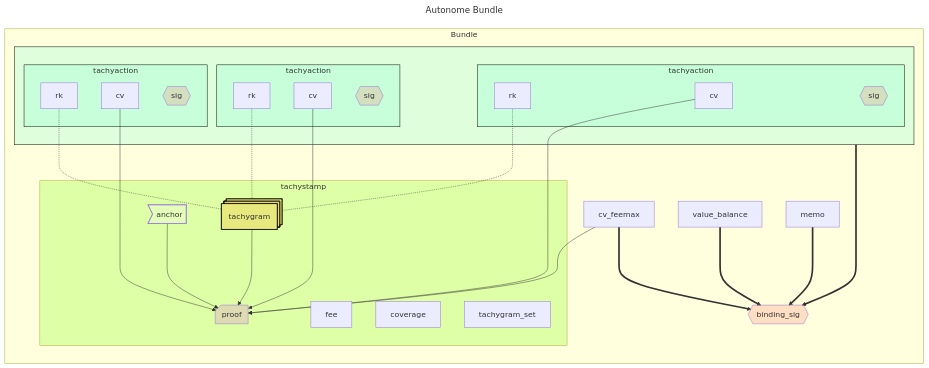
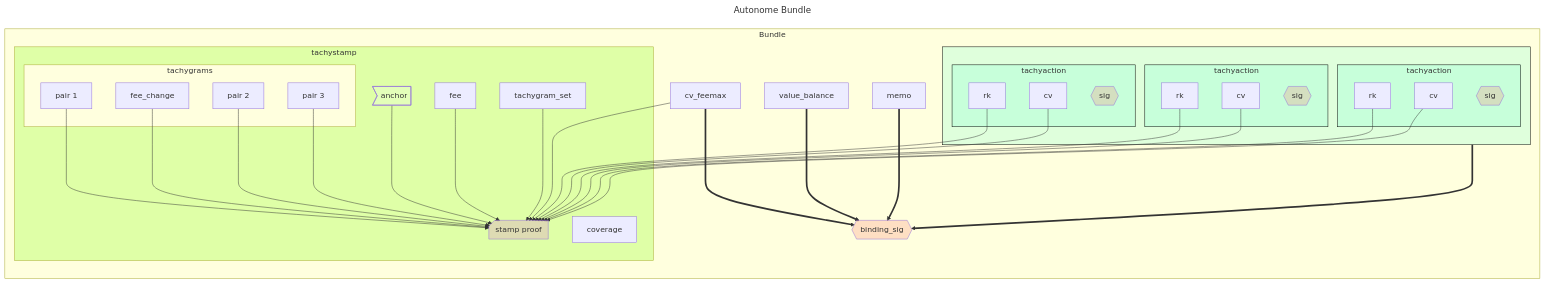
The diagram in book/src/bundle.md (tachyon-zcash/tachyon), drawn with Mermaid before and after one commit. The commit also changed other lines of this file and 28 other files, not shown here.

````diff
--- a/book/src/bundle.md
+++ b/book/src/bundle.md
@@ -82,70 +85,75 @@
 ```mermaid
 ---
 title: Autonome Bundle
 ---
 flowchart LR
 classDef signature fill:#fa807240
 classDef optional fill:#d3d3d340,stroke-dasharray: 5 5
 
 style tachyaction1 fill:#7fffd440,stroke:black
 style tachyaction2 fill:#7fffd440,stroke:black
 style tachyaction3 fill:#7fffd440,stroke:black
 style tachyaction_vec fill:#7fffd440,stroke:black
 
-style tachygram_vec fill:#ffa50040,stroke:black
-style proof fill:#da70d640
+style stamp_proof fill:#da70d640
 style anchor fill:#f0fff040
 
 style tachystamp fill:#7fff0040
 
 subgraph shielded_data["Bundle"]
 
     subgraph tachyaction_vec[" "]
 
         subgraph tachyaction1["tachyaction"]
             cv1["cv"]
             rk1["rk"]
             sig1:::signature@{shape: hex, label: "sig"}
         end
 
        subgraph tachyaction2["tachyaction"]
             cv2["cv"]
             rk2["rk"]
             sig2:::signature@{shape: hex, label: "sig"}
         end
 
        subgraph tachyaction3["tachyaction"]
             cv3["cv"]
             rk3["rk"]
             sig3:::signature@{shape: hex, label: "sig"}
         end
     end
 
     subgraph tachystamp
+        subgraph tachygrams["tachygrams"]
+            tg1["pair 1"]
+            tg2["pair 2"]
+            tg3["pair 3"]
+            fee_change
+        end
         fee
         coverage
         tachygram_set
         anchor@{shape: odd}
-        proof@{shape: notch-rect}
-        tachygram_vec@{shape: procs, label: "tachygram"}
+        stamp_proof@{shape: notch-rect, label: "stamp proof"}
 
-        anchor ---> proof
-        tachygram_vec ---> proof
+        anchor ---> stamp_proof
+        fee & fee_change & tachygram_set ---> stamp_proof
+        tg1 & tg2 & tg3 ---> stamp_proof
     end
 
-    rk1 & rk2 & rk3 -.- tachygram_vec
-    cv1 & cv2 & cv3 ---> proof
+    rk1 & rk2 & rk3 ---> stamp_proof
+    cv1 & cv2 & cv3 ---> stamp_proof
 
     sig_binding:::signature@{shape: hex, label: "binding_sig"}
     v_balance["value_balance"]
     cv_feemax["cv_feemax"]
     memo
 
-    cv_feemax ---> proof
+    cv_feemax ---> stamp_proof
 
     v_balance ===> sig_binding
     cv_feemax ===> sig_binding
     memo ===> sig_binding
     tachyaction_vec ===> sig_binding
 end
 ```
````
